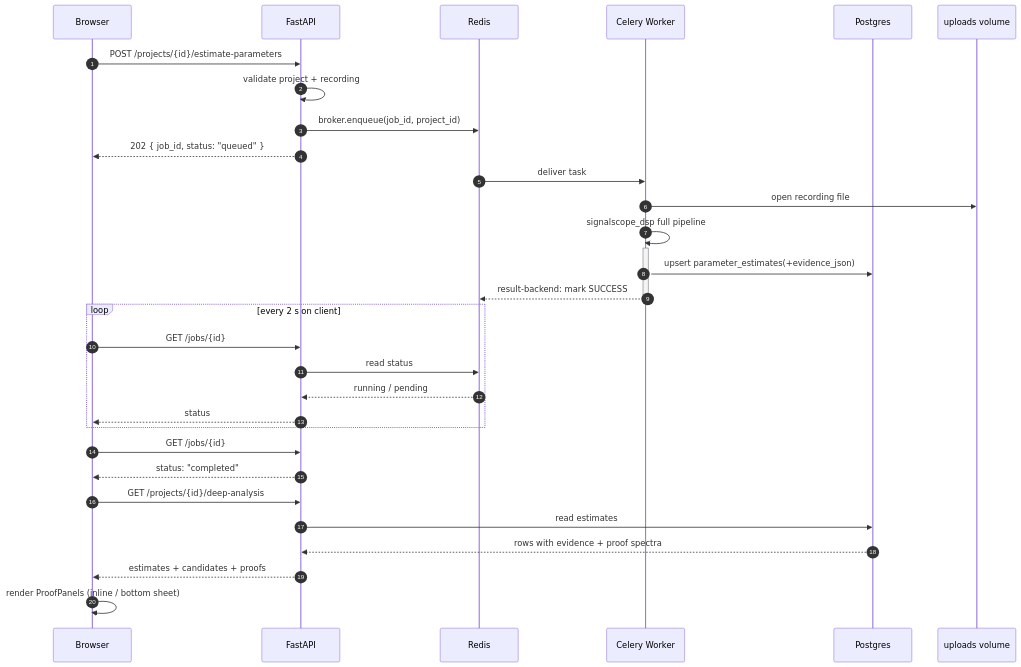
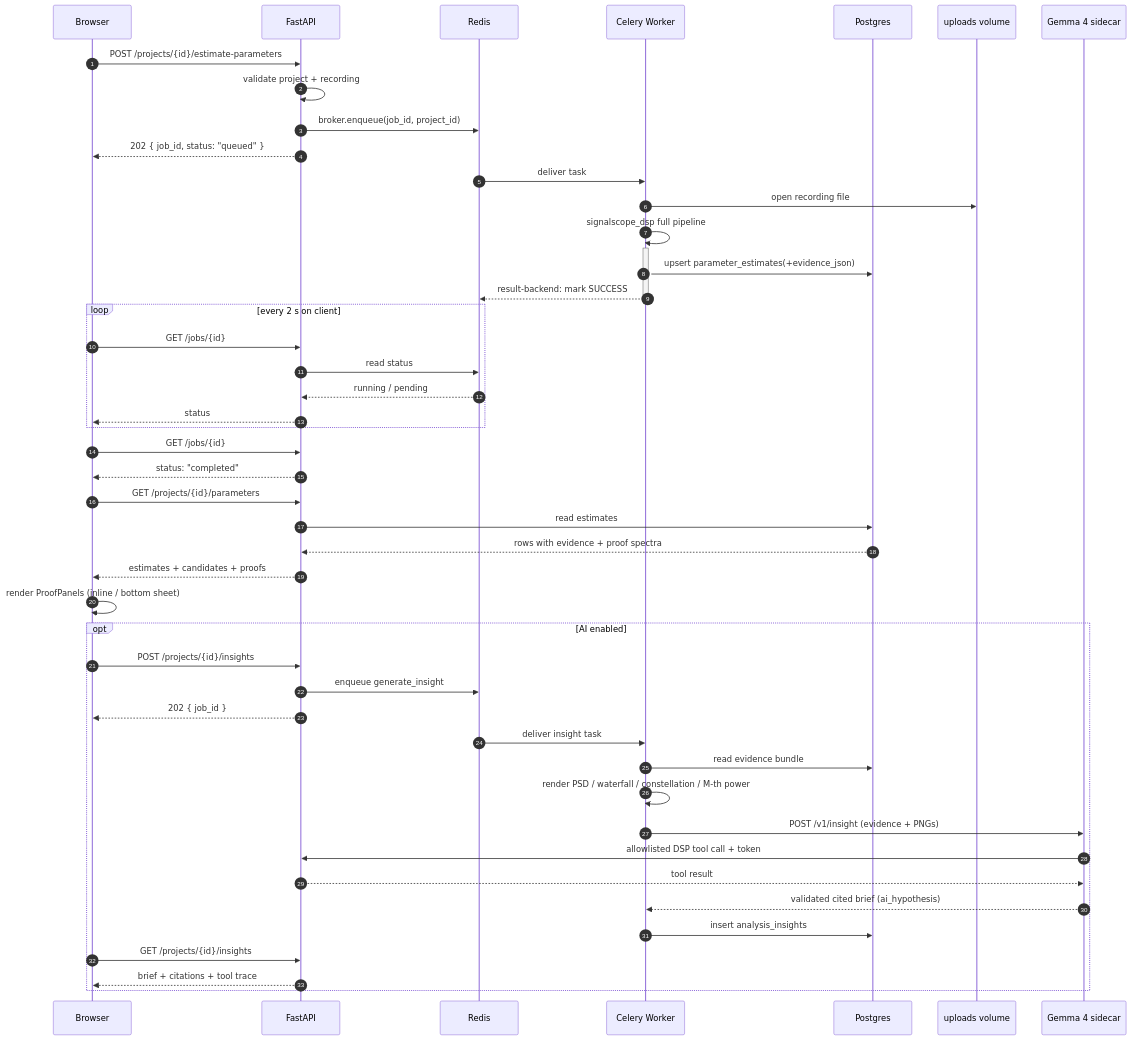
Before and after one commit to Manas-Dikshit/SignalScope: the second of 2 diagrams in detailedarch.md, drawn with Mermaid. The commit also changed other lines of this file and 12 other files, not shown here.

Commit message:
feat: add Gemma 4 AI sidecar integration and update system architecture documentation

````diff
--- a/detailedarch.md
+++ b/detailedarch.md
@@ -141,35 +167,52 @@
 ```mermaid
 sequenceDiagram
     autonumber
     participant B as Browser
     participant A as FastAPI
     participant R as Redis
     participant W as Celery Worker
     participant P as Postgres
     participant V as uploads volume
+    participant G as Gemma 4 sidecar
 
     B->>A: POST /projects/{id}/estimate-parameters
     A->>A: validate project + recording
     A->>R: broker.enqueue(job_id, project_id)
     A-->>B: 202 { job_id, status: "queued" }
     R->>W: deliver task
     W->>V: open recording file
     W->>W: signalscope_dsp full pipeline
     activate W
     W->>P: upsert parameter_estimates(+evidence_json)
     W-->>R: result-backend: mark SUCCESS
     deactivate W
     loop every 2 s on client
         B->>A: GET /jobs/{id}
         A->>R: read status
         R-->>A: running / pending
         A-->>B: status
     end
     B->>A: GET /jobs/{id}
     A-->>B: status: "completed"
-    B->>A: GET /projects/{id}/deep-analysis
+    B->>A: GET /projects/{id}/parameters
     A->>P: read estimates
     P-->>A: rows with evidence + proof spectra
     A-->>B: estimates + candidates + proofs
     B->>B: render ProofPanels (inline / bottom sheet)
+
+    opt AI enabled
+        B->>A: POST /projects/{id}/insights
+        A->>R: enqueue generate_insight
+        A-->>B: 202 { job_id }
+        R->>W: deliver insight task
+        W->>P: read evidence bundle
+        W->>W: render PSD / waterfall / constellation / M-th power
+        W->>G: POST /v1/insight (evidence + PNGs)
+        G->>A: allowlisted DSP tool call + token
+        A-->>G: tool result
+        G-->>W: validated cited brief (ai_hypothesis)
+        W->>P: insert analysis_insights
+        B->>A: GET /projects/{id}/insights
+        A-->>B: brief + citations + tool trace
+    end
 ```
````
